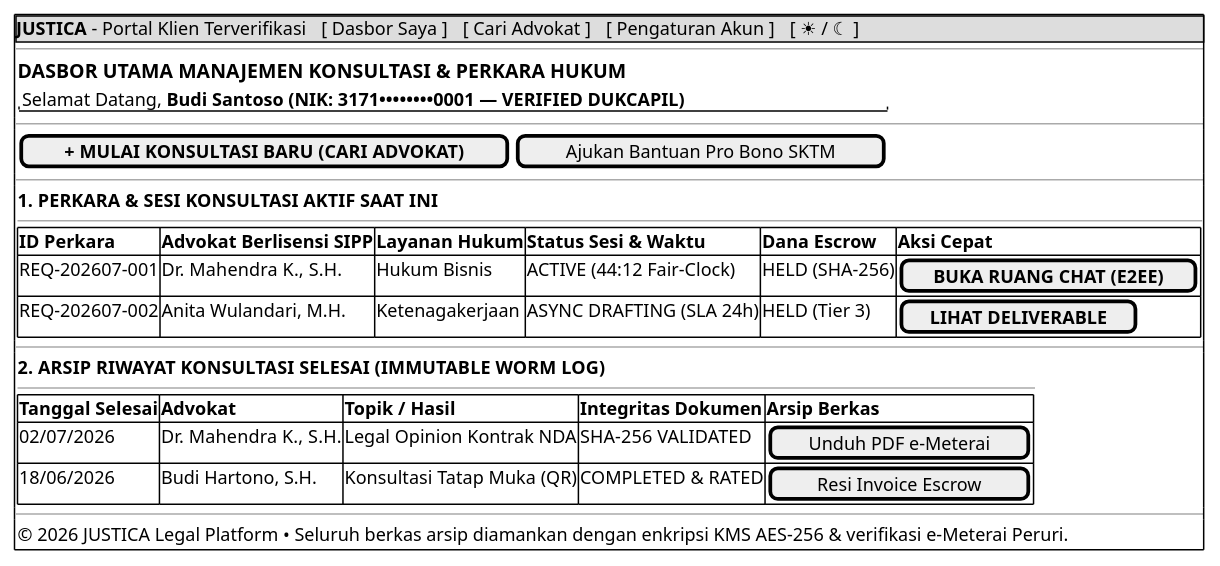
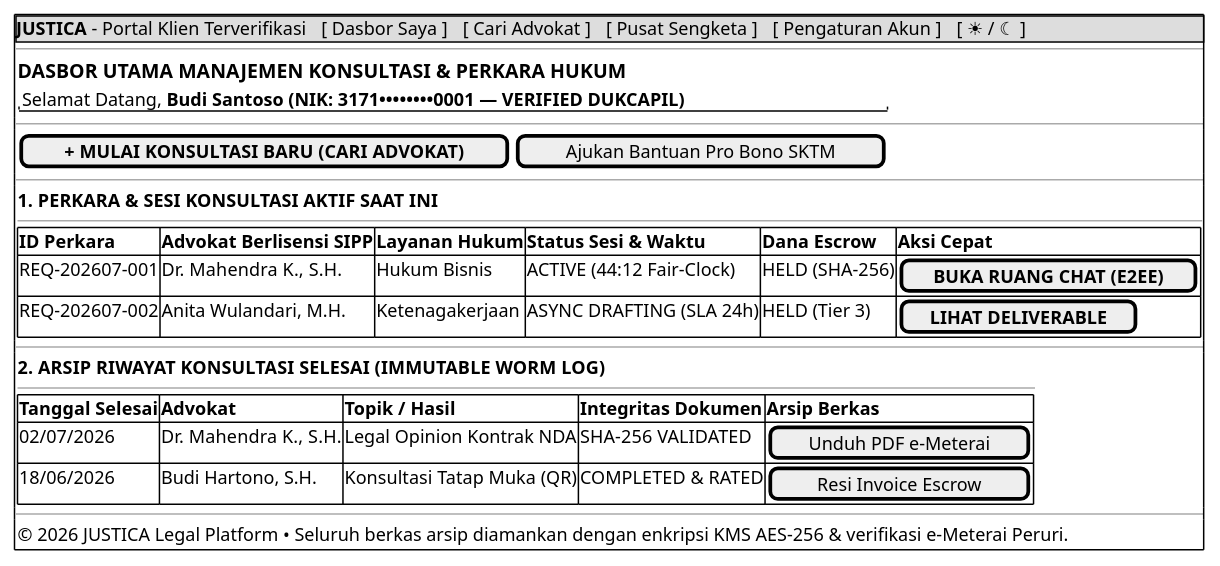
Before and after one commit to tupperwureism/SuperApp-Gagal: the diagram in JustifiqaMockups/mockup_ori/MOCK-J-CL-02A_Dasbor_Klien_Riwayat.md, drawn with PlantUML. The commit also changed other lines of this file and 21 other files, not shown here.

````diff
--- a/JustifiqaMockups/mockup_ori/MOCK-J-CL-02A_Dasbor_Klien_Riwayat.md
+++ b/JustifiqaMockups/mockup_ori/MOCK-J-CL-02A_Dasbor_Klien_Riwayat.md
@@ -17,40 +17,40 @@
 ```plantuml
 @startsalt
 {+
-  {* <b>JUSTICA</b> - Portal Klien Terverifikasi | [ Dasbor Saya ] | [ Cari Advokat ] | [ Pengaturan Akun ] | [ ☀ / ☾ ] }
+  {* <b>JUSTICA</b> - Portal Klien Terverifikasi | [ Dasbor Saya ] | [ Cari Advokat ] | [ Pusat Sengketa ] | [ Pengaturan Akun ] | [ ☀ / ☾ ] }
   --
   {
     === DASBOR UTAMA MANAJEMEN KONSULTASI & PERKARA HUKUM
     "Selamat Datang, <b>Budi Santoso (NIK: 3171••••••••0001 — VERIFIED DUKCAPIL)</b>"
   }
   --
   {
     [ <b>+ MULAI KONSULTASI BARU (CARI ADVOKAT)</b> ] | [ Ajukan Bantuan Pro Bono SKTM ]
   }
   --
   {
     <b>1. PERKARA & SESI KONSULTASI AKTIF SAAT INI</b>
     --
     {#
       <b>ID Perkara</b> | <b>Advokat Berlisensi SIPP</b> | <b>Layanan Hukum</b> | <b>Status Sesi & Waktu</b> | <b>Dana Escrow</b> | <b>Aksi Cepat</b>
       REQ-202607-001 | Dr. Mahendra K., S.H. | Hukum Bisnis | ACTIVE (44:12 Fair-Clock) | HELD (SHA-256) | [ <b>BUKA RUANG CHAT (E2EE)</b> ]
       REQ-202607-002 | Anita Wulandari, M.H. | Ketenagakerjaan | ASYNC DRAFTING (SLA 24h) | HELD (Tier 3) | [ <b>LIHAT DELIVERABLE</b> ]
     }
   }
   --
   {
     <b>2. ARSIP RIWAYAT KONSULTASI SELESAI (IMMUTABLE WORM LOG)</b>
     --
     {#
       <b>Tanggal Selesai</b> | <b>Advokat</b> | <b>Topik / Hasil</b> | <b>Integritas Dokumen</b> | <b>Arsip Berkas</b>
       02/07/2026 | Dr. Mahendra K., S.H. | Legal Opinion Kontrak NDA | SHA-256 VALIDATED | [ Unduh PDF e-Meterai ]
       18/06/2026 | Budi Hartono, S.H. | Konsultasi Tatap Muka (QR) | COMPLETED & RATED | [ Resi Invoice Escrow ]
     }
   }
   --
   {
     © 2026 JUSTICA Legal Platform • Seluruh berkas arsip diamankan dengan enkripsi KMS AES-256 & verifikasi e-Meterai Peruri.
   }
 }
 @endsalt
 ```
````
